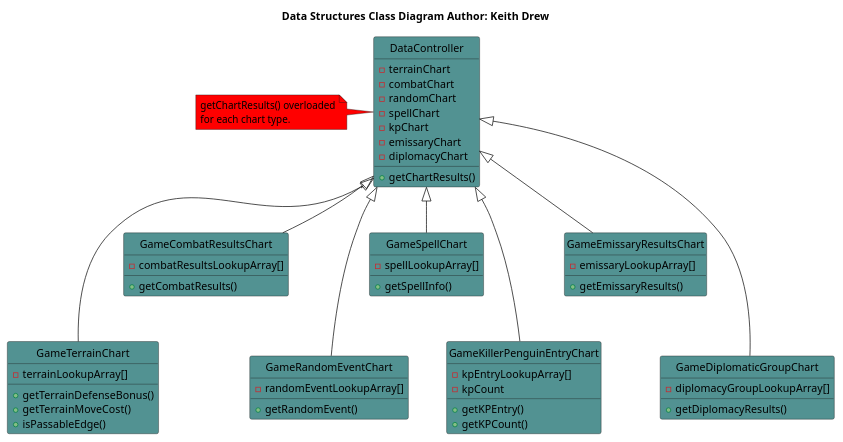
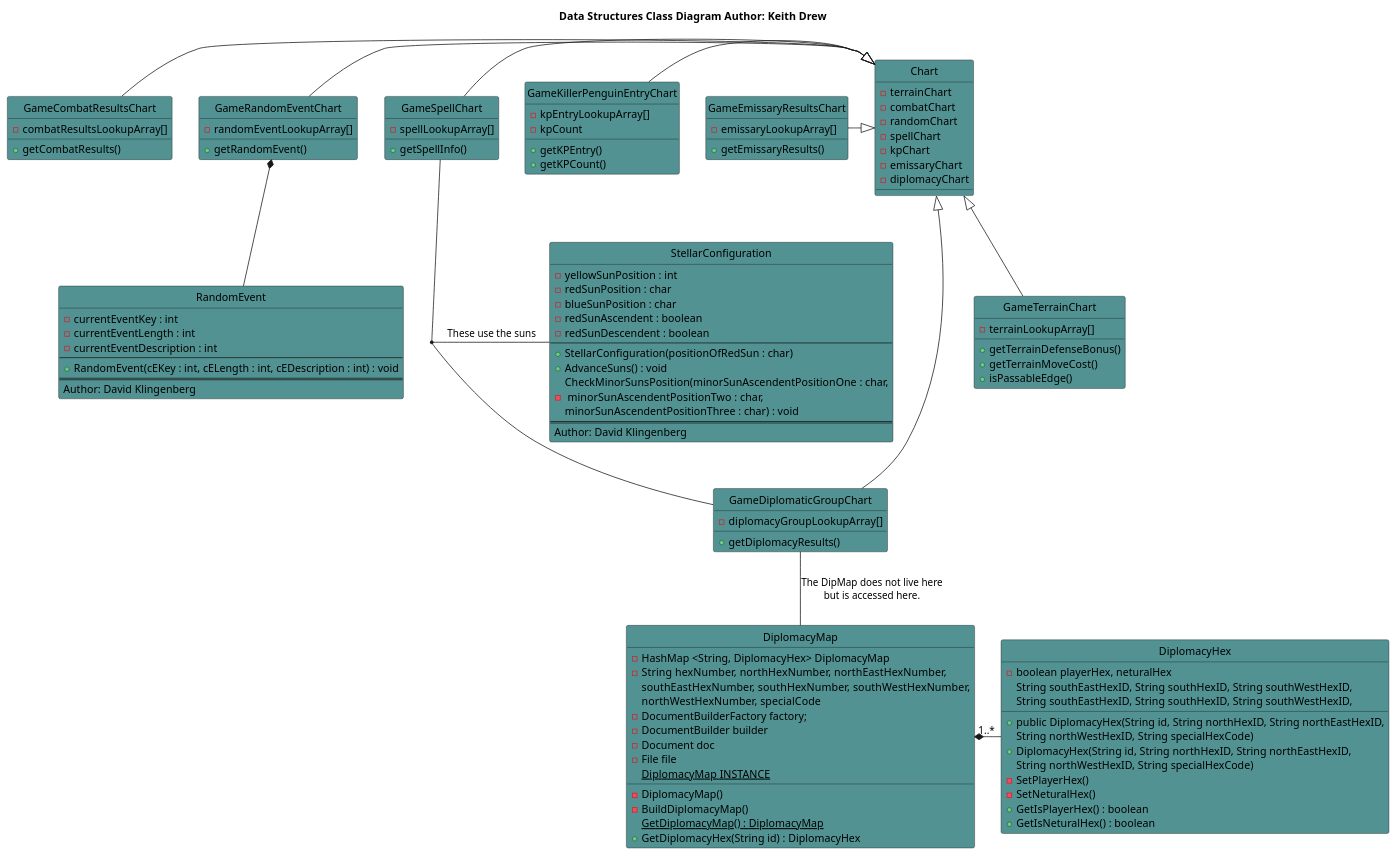
Before and after one commit to cjeffery/sworsorc: the diagram in doc/masterClassDiagrams/dataDiagram.pu, drawn with PlantUML. The commit also changed 6 other files, not shown here.

Commit message:
updating diagrams with new content and adjustments

```diff
--- a/doc/masterClassDiagrams/dataDiagram.pu
+++ b/doc/masterClassDiagrams/dataDiagram.pu
@@ -1,67 +1,123 @@
 @startuml
 hide circle
 title <b>Data Structures Class Diagram<b> Author: Keith Drew
 
-GameTerrainChart --up-|> DataController 
-GameCombatResultsChart -up-|> DataController 
-GameRandomEventChart --up-|> DataController 
-GameSpellChart -up-|> DataController 
-GameKillerPenguinEntryChart --up-|> DataController 
-GameEmissaryResultsChart -up-|> DataController 
-GameDiplomaticGroupChart --up-|> DataController 
+GameTerrainChart -up-|> Chart 
+GameCombatResultsChart -|> Chart 
+GameRandomEventChart -|> Chart 
+GameSpellChart -|> Chart 
+GameKillerPenguinEntryChart -|> Chart 
+GameEmissaryResultsChart -|> Chart 
+GameDiplomaticGroupChart -up-|> Chart 
+DiplomacyMap -up- GameDiplomaticGroupChart : The DipMap does not live here\nbut is accessed here.
+DiplomacyMap *-right- "1..*" DiplomacyHex 
+GameRandomEventChart  *-- RandomEvent
 
-class DataController #529292 {
+GameSpellChart -- GameDiplomaticGroupChart
+(GameSpellChart, GameDiplomaticGroupChart) -- StellarConfiguration : These use the suns
+
+class Chart #529292 {
 -terrainChart
 -combatChart
 -randomChart
 -spellChart
 -kpChart
 -emissaryChart
 -diplomacyChart
-+getChartResults()
 }
-note left of DataController #red
-getChartResults() overloaded
-for each chart type.
-end note
 
 class GameTerrainChart #529292 {
 -terrainLookupArray[]
 +getTerrainDefenseBonus()
 +getTerrainMoveCost()
 +isPassableEdge()
 }
 
 class GameCombatResultsChart #529292 {
 -combatResultsLookupArray[]
 +getCombatResults()
 }
 
 class GameRandomEventChart #529292 {
 -randomEventLookupArray[]
 +getRandomEvent()
 }
 
 class GameSpellChart #529292 {
 -spellLookupArray[]
 +getSpellInfo()
 }
 
 class GameKillerPenguinEntryChart #529292 {
 -kpEntryLookupArray[]
 -kpCount
 +getKPEntry()
 +getKPCount()
 }
 
 class GameEmissaryResultsChart #529292 {
 -emissaryLookupArray[]
 +getEmissaryResults()
 }
 
 class GameDiplomaticGroupChart #529292 {
 -diplomacyGroupLookupArray[]
 +getDiplomacyResults()
 }
 
+class DiplomacyMap #529292 {
+-HashMap <String, DiplomacyHex> DiplomacyMap
+-String hexNumber, northHexNumber, northEastHexNumber, 
+            southEastHexNumber, southHexNumber, southWestHexNumber,
+            northWestHexNumber, specialCode
+ -DocumentBuilderFactory factory;
+ -DocumentBuilder builder
+-Document doc
+-File file
+{static}DiplomacyMap INSTANCE
+-DiplomacyMap()
+-BuildDiplomacyMap()
+{static}GetDiplomacyMap() : DiplomacyMap
++GetDiplomacyHex(String id) : DiplomacyHex 
+}
+
+class DiplomacyHex #529292 {
+-boolean playerHex, neturalHex
++public DiplomacyHex(String id, String northHexID, String northEastHexID, 
+                            String southEastHexID, String southHexID, String southWestHexID, 
+                            String northWestHexID, String specialHexCode)
++DiplomacyHex(String id, String northHexID, String northEastHexID, 
+                            String southEastHexID, String southHexID, String southWestHexID, 
+                            String northWestHexID, String specialHexCode)
+-SetPlayerHex()
+-SetNeturalHex()
++GetIsPlayerHex() : boolean 
++GetIsNeturalHex() : boolean 
+}
+
+class RandomEvent #529292 {
+	-currentEventKey : int
+	-currentEventLength : int
+	-currentEventDescription : int
+	--
+	+RandomEvent(cEKey : int, cELength : int, cEDescription : int) : void
+	==
+	Author: David Klingenberg
+}
+
+class StellarConfiguration #529292 {
+	-yellowSunPosition : int
+	-redSunPosition : char
+	-blueSunPosition : char
+	-redSunAscendent : boolean
+	-redSunDescendent : boolean
+	--
+	+StellarConfiguration(positionOfRedSun : char)
+	+AdvanceSuns() : void
+	-CheckMinorSunsPosition(minorSunAscendentPositionOne : char,\n minorSunAscendentPositionTwo : char,\nminorSunAscendentPositionThree : char) : void
+	==
+	Author: David Klingenberg
+}
+
+
 @enduml
```
